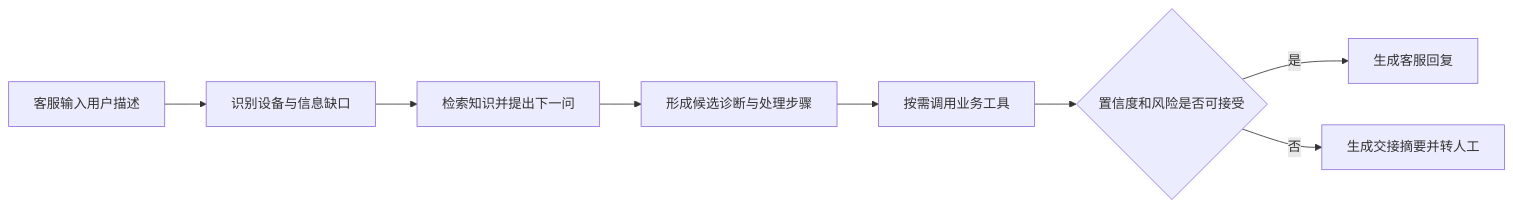
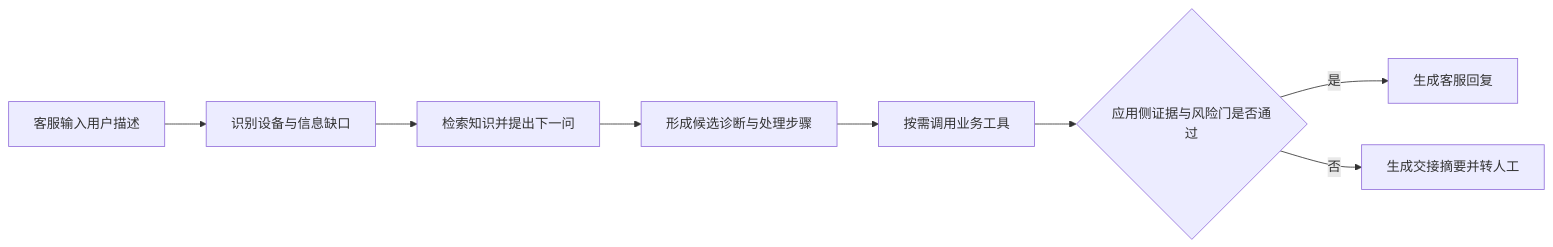
The diagram in PROJECT_PROPOSAL.md (HieronymusF/DeviceCareAgent), drawn with Mermaid before and after one commit. The commit also changed other lines of this file and 3 other files, not shown here.

````diff
--- a/PROJECT_PROPOSAL.md
+++ b/PROJECT_PROPOSAL.md
@@ -59,10 +62,10 @@
 ```mermaid
 flowchart LR
     A["客服输入用户描述"] --> B["识别设备与信息缺口"]
     B --> C["检索知识并提出下一问"]
     C --> D["形成候选诊断与处理步骤"]
     D --> E["按需调用业务工具"]
-    E --> F{"置信度和风险是否可接受"}
+    E --> F{"应用侧证据与风险门是否通过"}
     F -->|是| G["生成客服回复"]
     F -->|否| H["生成交接摘要并转人工"]
 ```
````
